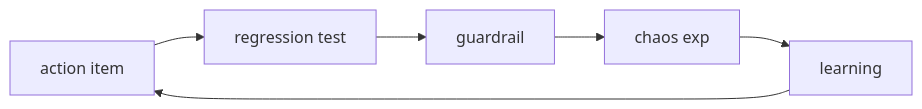
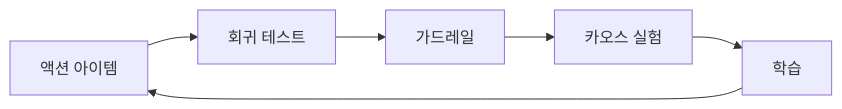
One commit to yeongseon-books/book-content changed the diagram in content/incident-response-101/ko/09-prevention.md. Above: the diagram before and after it, drawn with Mermaid. The commit also changed other lines of this file and 5 other files, not shown here.

````diff
--- a/content/incident-response-101/ko/09-prevention.md
+++ b/content/incident-response-101/ko/09-prevention.md
@@ -33,8 +57,8 @@
 ```mermaid
 flowchart LR
-    Action["action item"] --> Test["regression test"]
-    Test --> Guard["guardrail"]
-    Guard --> Chaos["chaos exp"]
-    Chaos --> Learn["learning"]
+    Action["액션 아이템"] --> Test["회귀 테스트"]
+    Test --> Guard["가드레일"]
+    Guard --> Chaos["카오스 실험"]
+    Chaos --> Learn["학습"]
     Learn --> Action
 ```
````
